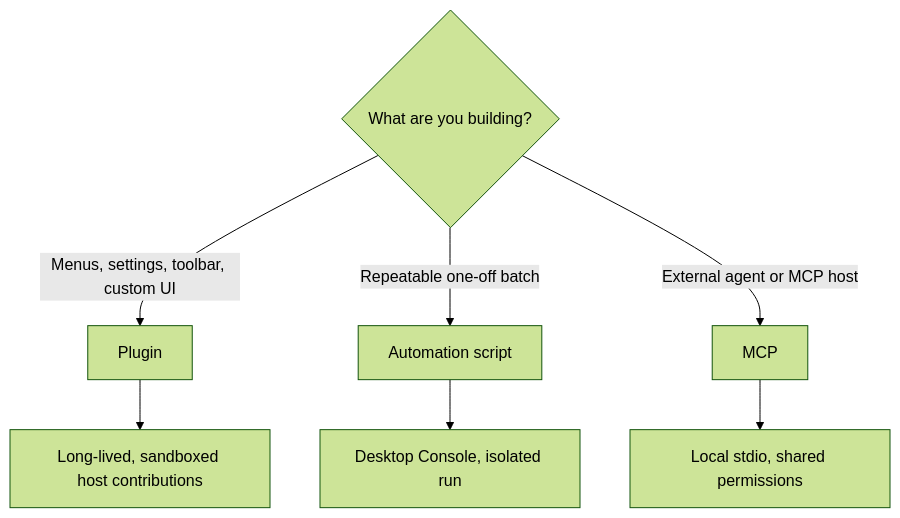
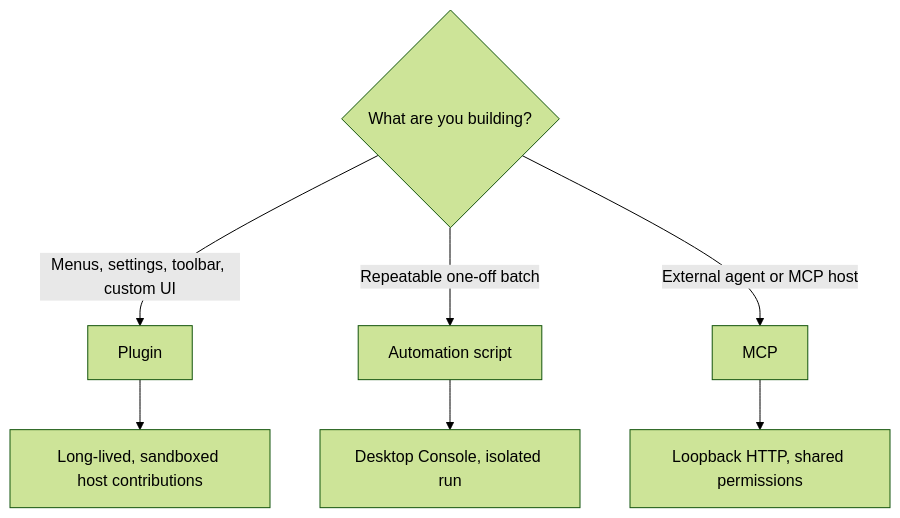
One commit to dolag233/Serpent changed the diagram in docs/user-guide/extensions.en.md. Above: the diagram before and after it, drawn with Mermaid (forest theme). The commit also changed other lines of this file and 132 other files, not shown here.

````diff
--- a/docs/user-guide/extensions.en.md
+++ b/docs/user-guide/extensions.en.md
@@ -41,10 +41,10 @@
 ```mermaid
 flowchart TB
     Q{What are you building?}
     Q -->|Menus, settings, toolbar, custom UI| P[Plugin]
     Q -->|Repeatable one-off batch| S[Automation script]
     Q -->|External agent or MCP host| M[MCP]
     P --> P2[Long-lived, sandboxed host contributions]
     S --> S2[Desktop Console, isolated run]
-    M --> M2[Local stdio, shared permissions]
+    M --> M2[Loopback HTTP, shared permissions]
 ```
````
